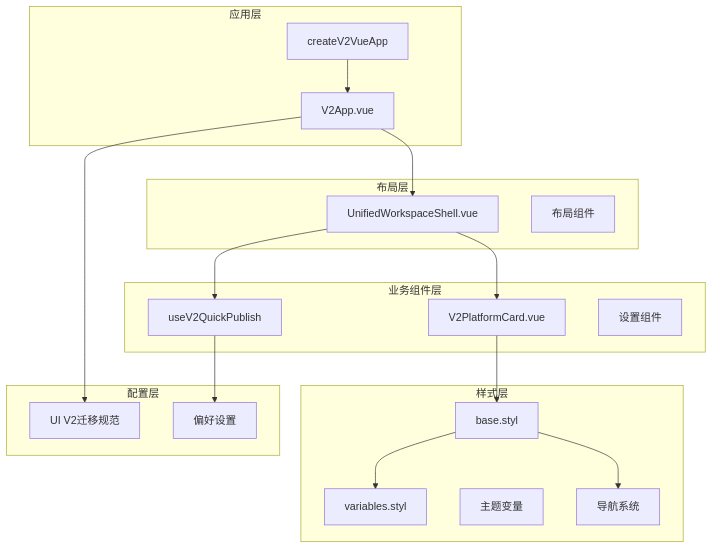
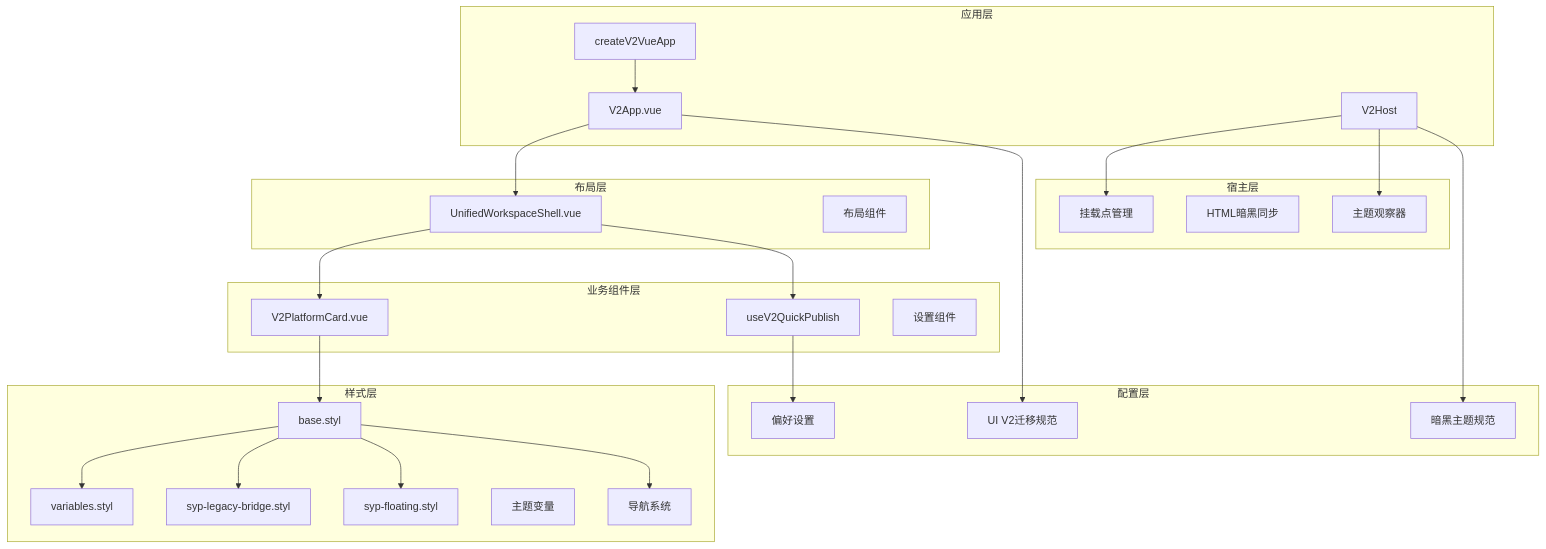
The first of 13 diagrams in .qoder/repowiki/zh/content/用户界面组件/UI V2 设计原则.md (terwer/siyuan-plugin-publisher), drawn with Mermaid before and after one commit. The commit also changed other lines of this file and 19 other files, not shown here.

````diff
--- a/.qoder/repowiki/zh/content/用户界面组件/UI V2 设计原则.md
+++ b/.qoder/repowiki/zh/content/用户界面组件/UI V2 设计原则.md
@@ -50,35 +53,49 @@
 ```mermaid
 graph TB
 subgraph "应用层"
 V2App[V2App.vue]
 CreateApp[createV2VueApp]
+Host[V2Host]
+end
+subgraph "宿主层"
+ThemeObserver[主题观察器]
+SyncHtmlDark[HTML暗黑同步]
+MountPoint[挂载点管理]
 end
 subgraph "布局层"
 Shell[UnifiedWorkspaceShell.vue]
 Layout[布局组件]
 end
 subgraph "业务组件层"
 PlatformCard[V2PlatformCard.vue]
 QuickPublish[useV2QuickPublish]
 Settings[设置组件]
 end
 subgraph "样式层"
 BaseStyle[base.styl]
 Variables[variables.styl]
+LegacyBridge[syp-legacy-bridge.styl]
+Floating[syp-floating.styl]
 Theme[主题变量]
 Navigation[导航系统]
 end
 subgraph "配置层"
 MigrationSpec[UI V2迁移规范]
 Preferences[偏好设置]
+DarkTheme[暗黑主题规范]
 end
 CreateApp --> V2App
+Host --> MountPoint
+Host --> ThemeObserver
 V2App --> Shell
 Shell --> PlatformCard
 Shell --> QuickPublish
 PlatformCard --> BaseStyle
 BaseStyle --> Variables
+BaseStyle --> LegacyBridge
+BaseStyle --> Floating
 BaseStyle --> Navigation
 V2App --> MigrationSpec
 QuickPublish --> Preferences
+Host --> DarkTheme
 ```
````
